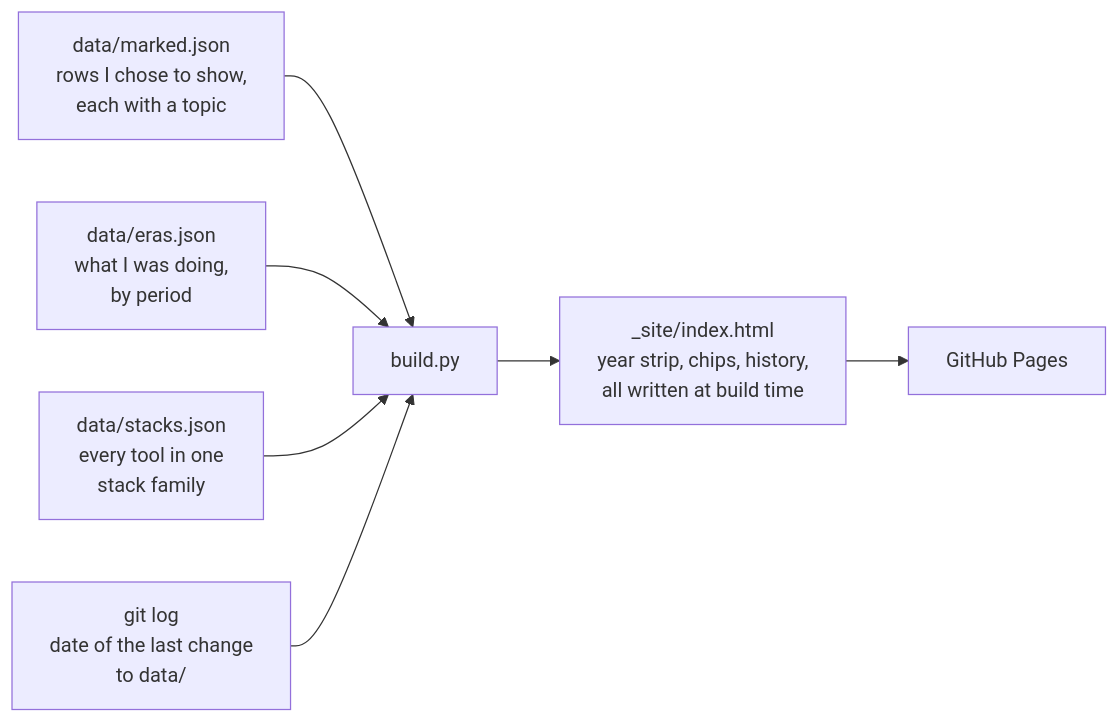
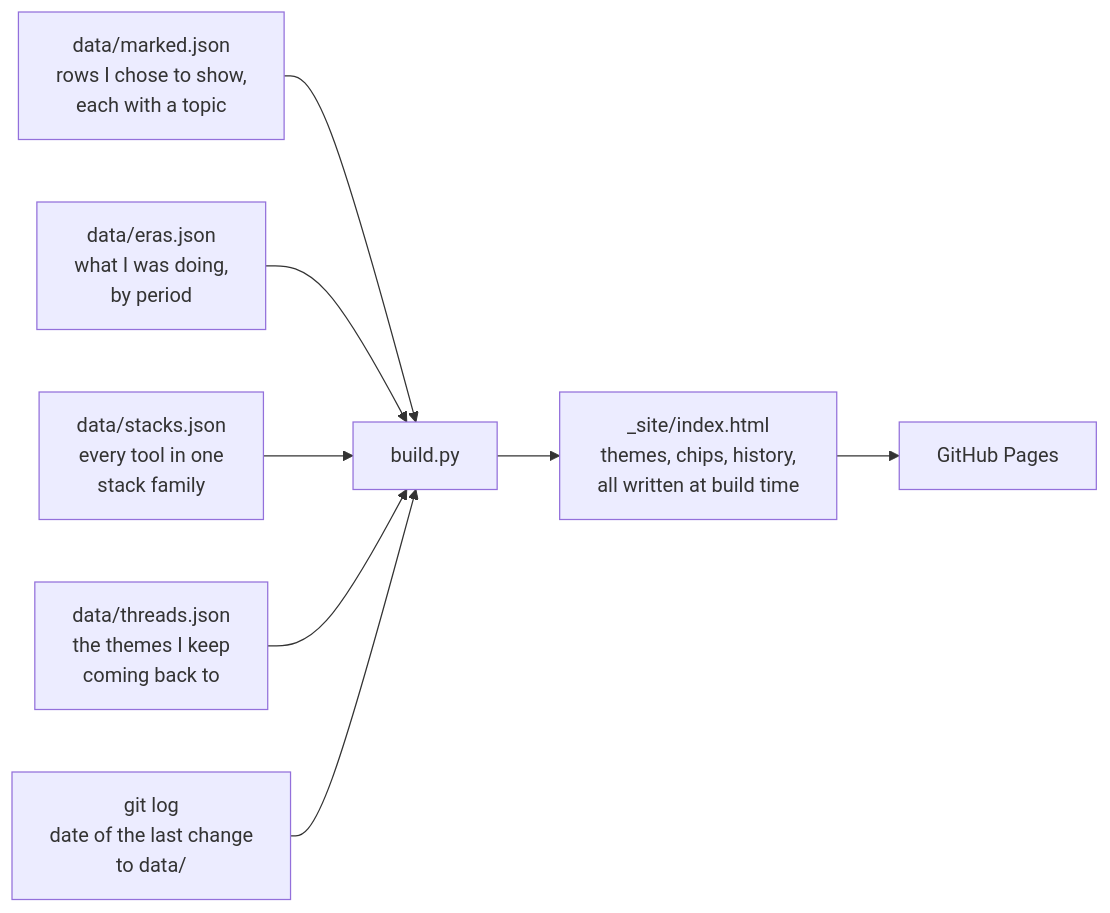
One commit to bnitech-lab/bnitech-lab.github.io changed the diagram in README.md. Above: the diagram before and after it, drawn with Mermaid. The commit also changed other lines of this file, not shown here.

Commit message:
[claude] docs: describe the themes block and the threads field

````diff
--- a/README.md
+++ b/README.md
@@ -10,9 +10,10 @@
 ```mermaid
 flowchart LR
     M["data/marked.json<br/>rows I chose to show,<br/>each with a topic"] --> B["build.py"]
     E["data/eras.json<br/>what I was doing,<br/>by period"] --> B
     T["data/stacks.json<br/>every tool in one<br/>stack family"] --> B
+    H["data/threads.json<br/>the themes I keep<br/>coming back to"] --> B
     G["git log<br/>date of the last change<br/>to data/"] --> B
-    B --> S["_site/index.html<br/>year strip, chips, history,<br/>all written at build time"]
+    B --> S["_site/index.html<br/>themes, chips, history,<br/>all written at build time"]
     S --> P["GitHub Pages"]
 ```
````
